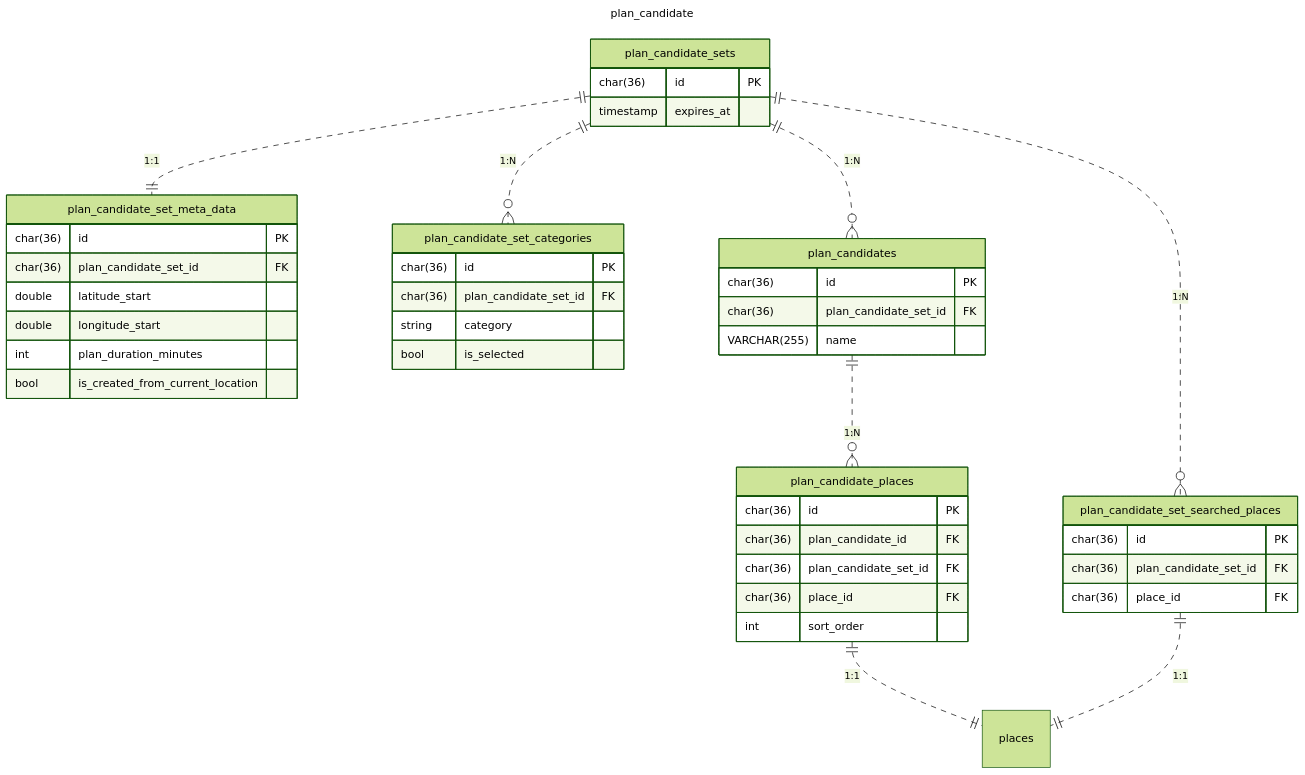
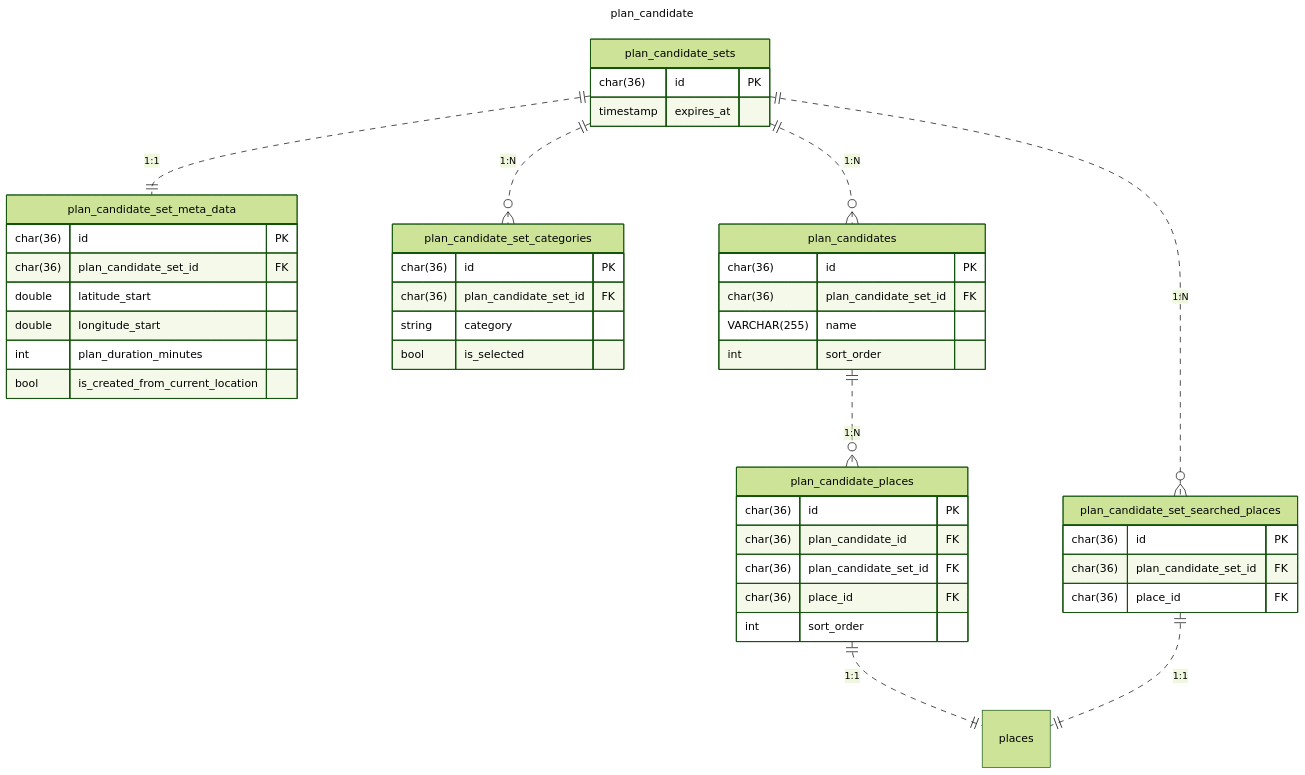
One commit to poroto-app/planner changed the third of 3 diagrams in doc/database/er.md. Above: the diagram before and after it, drawn with Mermaid (forest theme). The commit also changed 1 other file, not shown here.

Commit message:
feat(db): plan candidateに順番を付与する

````diff
--- a/doc/database/er.md
+++ b/doc/database/er.md
@@ -108,54 +108,55 @@
 ```mermaid
 ---
 title: plan_candidate
 ---
 erDiagram
     plan_candidate_sets {
         char(36) id PK
         timestamp expires_at
     }
 
     plan_candidate_set_meta_data {
         char(36) id PK
         char(36) plan_candidate_set_id FK
         double latitude_start
         double longitude_start
         int plan_duration_minutes
         bool is_created_from_current_location
     }
 
     plan_candidate_set_searched_places {
         char(36) id PK
         char(36) plan_candidate_set_id FK
         char(36) place_id FK
     }
 
     plan_candidate_set_categories {
         char(36) id PK
         char(36) plan_candidate_set_id FK
         string category
         bool is_selected
     }
 
     plan_candidates {
         char(36) id PK
         char(36) plan_candidate_set_id FK
         VARCHAR(255) name
+        int sort_order
     }
 
     plan_candidate_places {
         char(36) id PK
         char(36) plan_candidate_id FK
         char(36) plan_candidate_set_id FK
         char(36) place_id FK
         int sort_order
     }
 
     plan_candidate_sets ||..o{ plan_candidates: "1:N"
     plan_candidate_sets ||..|| plan_candidate_set_meta_data: "1:1"
     plan_candidate_sets ||..o{ plan_candidate_set_categories: "1:N"
     plan_candidate_sets ||..o{ plan_candidate_set_searched_places: "1:N"
     plan_candidates ||..o{ plan_candidate_places: "1:N"
     plan_candidate_places ||..|| places: "1:1"
     plan_candidate_set_searched_places ||..|| places: "1:1"
 ```
````
